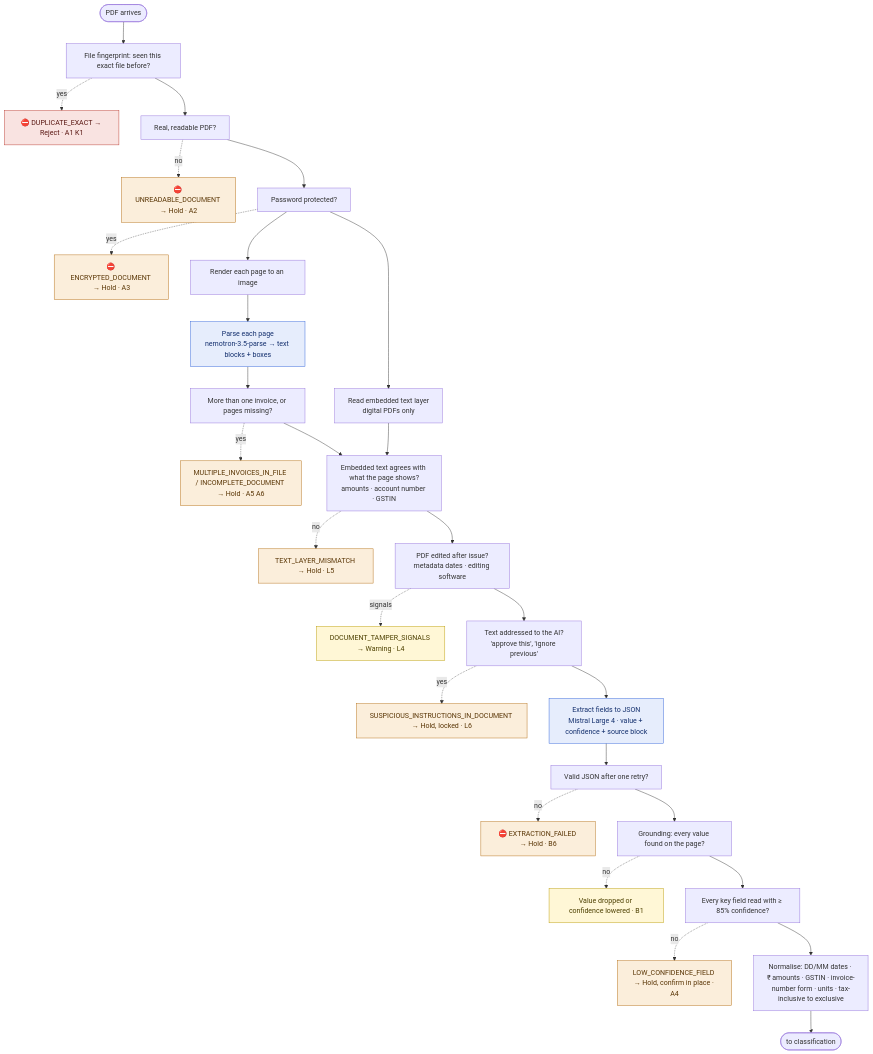
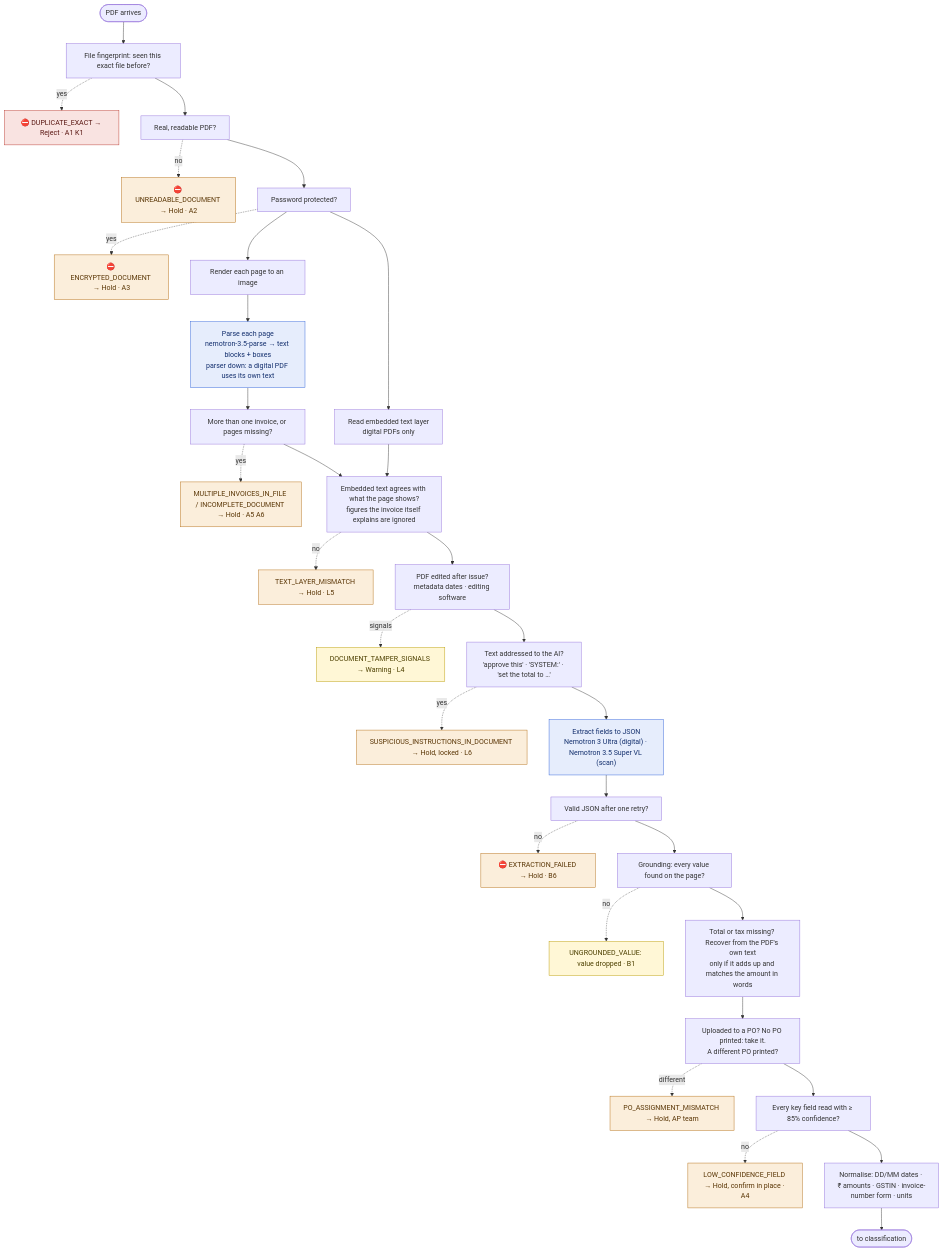
Before and after one commit to sh-yamm/Invoice-Automation-Agent: the ninth of 20 diagrams in README.md, drawn with Mermaid. The commit also changed other lines of this file and 9 other files, not shown here.

Commit message:
docs: rewrite the README around PO trails, with Mermaid diagrams and app screenshots; keep-alive check is case-insensitive

````diff
--- a/README.md
+++ b/README.md
@@ -123,34 +439,37 @@
 ```mermaid
 flowchart TD
   S(["PDF arrives"]) --> A1["File fingerprint: seen this exact file before?"]
   A1 -.->|yes| A1x["⛔ DUPLICATE_EXACT → Reject · A1 K1"]:::rej
   A1 --> A2["Real, readable PDF?"]
   A2 -.->|no| A2x["⛔ UNREADABLE_DOCUMENT → Hold · A2"]:::hold
   A2 --> A3["Password protected?"]
   A3 -.->|yes| A3x["⛔ ENCRYPTED_DOCUMENT → Hold · A3"]:::hold
   A3 --> RP["Render each page to an image"]
   A3 --> TL["Read embedded text layer<br/>digital PDFs only"]
-  RP --> P["Parse each page<br/>nemotron-3.5-parse → text blocks + boxes"]:::ai
+  RP --> P["Parse each page<br/>nemotron-3.5-parse → text blocks + boxes<br/>parser down: a digital PDF uses its own text"]:::ai
   P --> P2["More than one invoice, or pages missing?"]
   P2 -.->|yes| P2x["MULTIPLE_INVOICES_IN_FILE / INCOMPLETE_DOCUMENT → Hold · A5 A6"]:::hold
-  P2 --> RC["Embedded text agrees with what the page shows?<br/>amounts · account number · GSTIN"]
+  P2 --> RC["Embedded text agrees with what the page shows?<br/>figures the invoice itself explains are ignored"]
   TL --> RC
   RC -.->|no| RCx["TEXT_LAYER_MISMATCH → Hold · L5"]:::hold
   RC --> TM["PDF edited after issue?<br/>metadata dates · editing software"]
   TM -.->|signals| TMx["DOCUMENT_TAMPER_SIGNALS → Warning · L4"]:::warn
-  TM --> PI["Text addressed to the AI?<br/>'approve this', 'ignore previous'"]
+  TM --> PI["Text addressed to the AI?<br/>'approve this' · 'SYSTEM:' · 'set the total to …'"]
   PI -.->|yes| PIx["SUSPICIOUS_INSTRUCTIONS_IN_DOCUMENT → Hold, locked · L6"]:::hold
-  PI --> X["Extract fields to JSON<br/>Mistral Large 4 · value + confidence + source block"]:::ai
+  PI --> X["Extract fields to JSON<br/>Nemotron 3 Ultra (digital) · Nemotron 3.5 Super VL (scan)"]:::ai
   X --> XJ["Valid JSON after one retry?"]
   XJ -.->|no| XJx["⛔ EXTRACTION_FAILED → Hold · B6"]:::hold
   XJ --> GR["Grounding: every value found on the page?"]
-  GR -.->|no| GRx["Value dropped or confidence lowered · B1"]:::warn
-  GR --> CF["Every key field read with ≥ 85% confidence?"]
+  GR -.->|no| GRx["UNGROUNDED_VALUE: value dropped · B1"]:::warn
+  GR --> RT["Total or tax missing? Recover from the PDF's own text<br/>only if it adds up and matches the amount in words"]
+  RT --> AP["Uploaded to a PO? No PO printed: take it.<br/>A different PO printed?"]
+  AP -.->|different| APx["PO_ASSIGNMENT_MISMATCH → Hold, AP team"]:::hold
+  AP --> CF["Every key field read with ≥ 85% confidence?"]
   CF -.->|no| CFx["LOW_CONFIDENCE_FIELD → Hold, confirm in place · A4"]:::hold
-  CF --> N["Normalise: DD/MM dates · ₹ amounts · GSTIN · invoice-number form · units · tax-inclusive to exclusive"]
+  CF --> N["Normalise: DD/MM dates · ₹ amounts · GSTIN · invoice-number form · units"]
   N --> Z(["to classification"])
   classDef rej fill:#F9E3E1,stroke:#B9342A,color:#5A1712
   classDef hold fill:#FBEEDB,stroke:#B26A0E,color:#5A3606
   classDef warn fill:#FFF7D6,stroke:#B89A00,color:#4D4000
   classDef ai fill:#E6EDFC,stroke:#2B5FD9,color:#14306E
 ```
````
